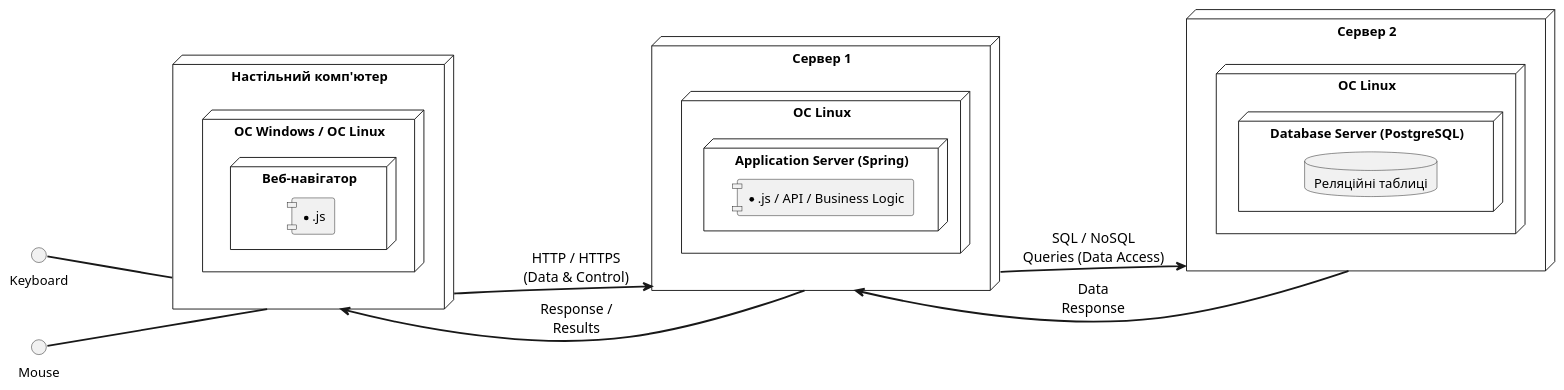
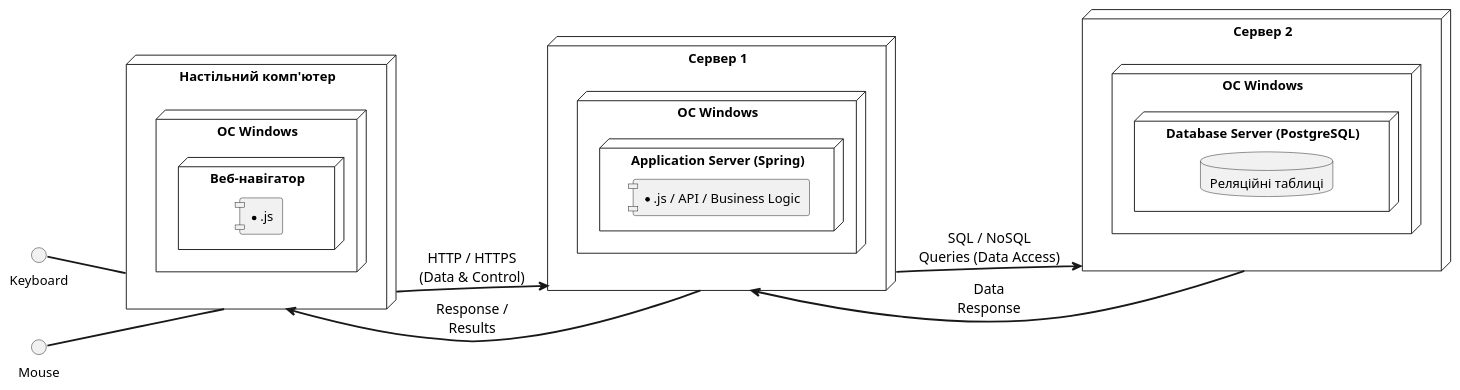
Before and after one commit to Liudmyla11/lab2: the diagram in UML-Deployment.puml, drawn with PlantUML.

```diff
--- a/UML-Deployment.puml
+++ b/UML-Deployment.puml
@@ -1,43 +1,43 @@
 @startuml
 left to right direction
 skinparam ArrowFontSize 15
 skinparam ArrowFontColor Black
 skinparam ArrowThickness 2
 skinparam componentStyle uml1
 
 node "Настільний комп'ютер" as Desktop {
-  node "OC Windows / OC Linux" as OS_Desktop {
+  node "OC Windows" as OS_Desktop {
     node "Веб-навігатор" as Browser {
       component [*.js]
     }
   }
 }
 
 interface Keyboard 
 
 interface Mouse 
 
   Keyboard -- Desktop
   Mouse -- Desktop
 
 node "Сервер 1" as Server1 {
-  node "OC Linux" as OS_Server1 {
+  node "OC Windows" as OS_Server1 {
     node "Application Server (Spring)" as AppServer {
        component [*.js / API / Business Logic]
     }
   }
 }
 
 node "Сервер 2" as Server2 {
-  node "OC Linux" as OS_Server2 {
+  node "OC Windows" as OS_Server2 {
     node "Database Server (PostgreSQL)" as DBServer {
        database "Реляційні таблиці"
     }
   }
 }
 
 Desktop --> Server1 : HTTP / HTTPS\n(Data & Control)
 Server1 --> Server2 : SQL / NoSQL\nQueries (Data Access)
 Server2 --> Server1 : Data\nResponse
 Server1 --> Desktop : Response /\nResults
 @enduml
```
